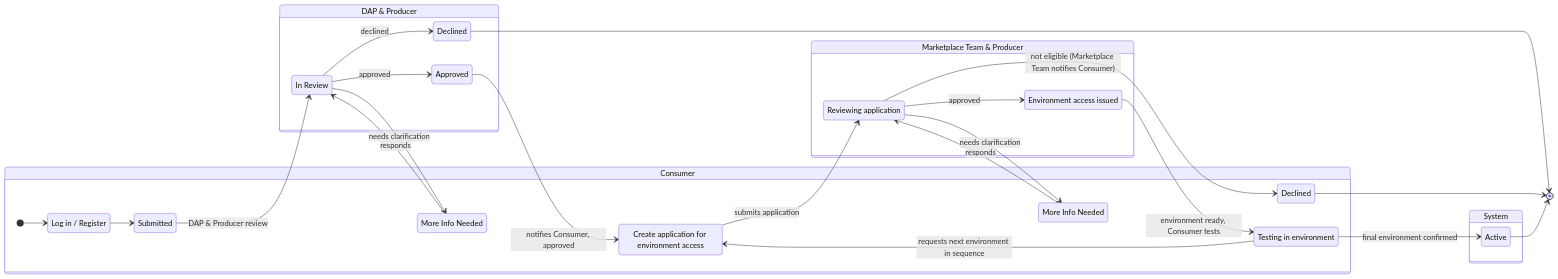
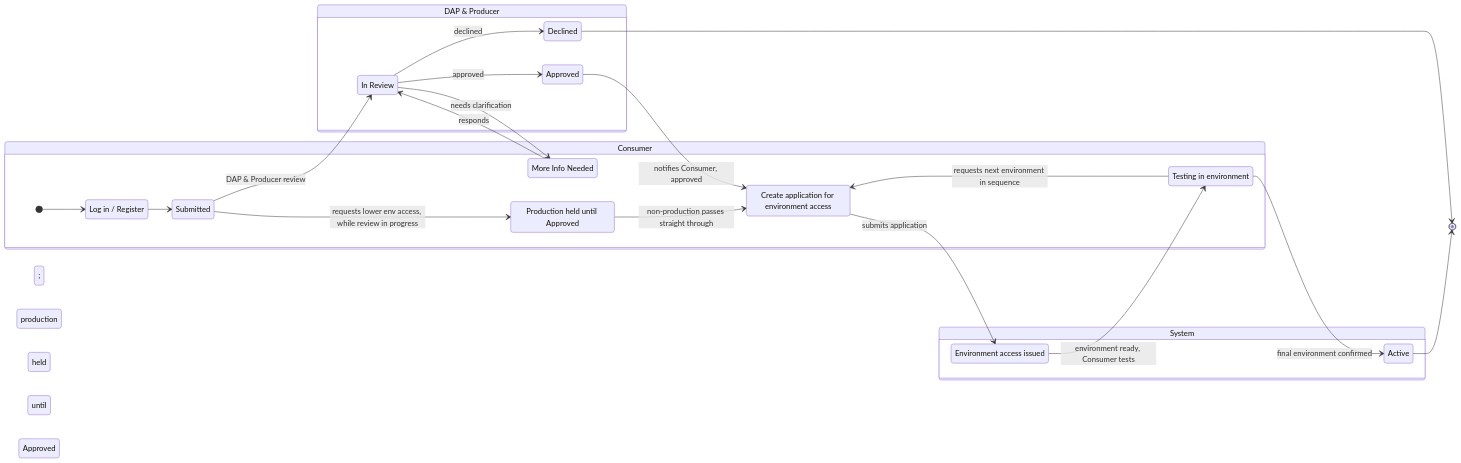
The diagram in design/flows/Request_API_access.md (hmcts/hmcts-api-marketplace), drawn with Mermaid before and after one commit. The commit also changed 2 other files, not shown here.

Commit message:
Update Browse the Marketplace and Request API access flow diagrams
Browse the Marketplace: Publish API is now its own fifth branch off
Marketplace Home, chaining through API producer standards to API for
publication; Browse API Catalogue gains a self-serve Try it now
interactive console that can lead on to Request API access; Request
new API is also now reachable from Help & Support.

Request API access: the Marketplace Team & Producer review step for
environment access applications is removed - Environment access
issued now happens automatically in the System lane, straight through
to Active. A Consumer can also request lower, non-production
environment access while the main review is still in progress, via a
Production held until Approved gate.

````diff
--- a/design/flows/Request_API_access.md
+++ b/design/flows/Request_API_access.md
@@ -3,49 +3,43 @@
 ```mermaid
 stateDiagram-v2
     direction LR
 
     state "Consumer" as ReqAccess_Consumer {
         [*] --> LoginGateAccess
         LoginGateAccess: Log in / Register
         SubmittedAccess: Submitted
         MoreInfoAccess1: More Info Needed
+        ProductionGate: Production held until Approved
         CreateApplication: Create application for environment access
-        MoreInfoAccess2: More Info Needed
-        DeclinedEnvApp: Declined
         TestingInEnvironment: Testing in environment
     }
 
     state "DAP & Producer" as ReqAccess_DAP {
         InReviewAccess: In Review
         ApprovedAccess: Approved
         DeclinedInitial: Declined
     }
 
-    state "Marketplace Team & Producer" as ReqAccess_MTP {
-        ReviewingApplication: Reviewing application
+    state "System" as ReqAccess_Sys {
         EnvironmentAccessIssued: Environment access issued
-    }
-
-    state "System" as ReqAccess_Sys {
         Active: Active
     }
 
     LoginGateAccess --> SubmittedAccess
     SubmittedAccess --> InReviewAccess: DAP & Producer review
     InReviewAccess --> MoreInfoAccess1: needs clarification
     MoreInfoAccess1 --> InReviewAccess: responds
     InReviewAccess --> ApprovedAccess: approved
     InReviewAccess --> DeclinedInitial: declined
     DeclinedInitial --> [*]
     ApprovedAccess --> CreateApplication: notifies Consumer, approved
-    CreateApplication --> ReviewingApplication: submits application
-    ReviewingApplication --> MoreInfoAccess2: needs clarification
-    MoreInfoAccess2 --> ReviewingApplication: responds
-    ReviewingApplication --> DeclinedEnvApp: not eligible (Marketplace Team notifies Consumer)
-    DeclinedEnvApp --> [*]
-    ReviewingApplication --> EnvironmentAccessIssued: approved
+
+    SubmittedAccess --> ProductionGate: requests lower env access, while review in progress
+    ProductionGate --> CreateApplication: non-production passes straight through; production held until Approved
+
+    CreateApplication --> EnvironmentAccessIssued: submits application
     EnvironmentAccessIssued --> TestingInEnvironment: environment ready, Consumer tests
     TestingInEnvironment --> CreateApplication: requests next environment in sequence
     TestingInEnvironment --> Active: final environment confirmed
     Active --> [*]
 ```
````
